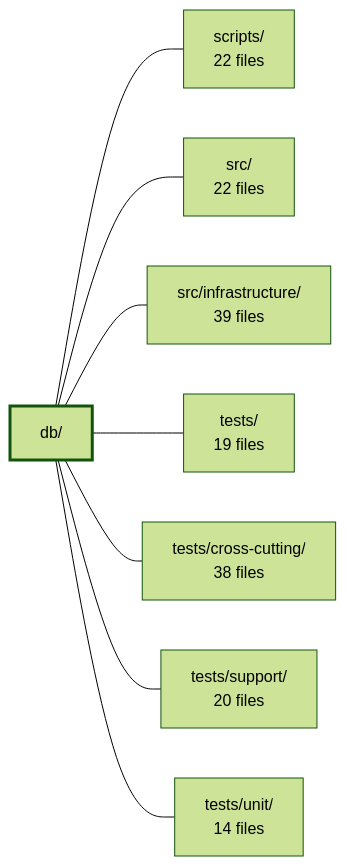
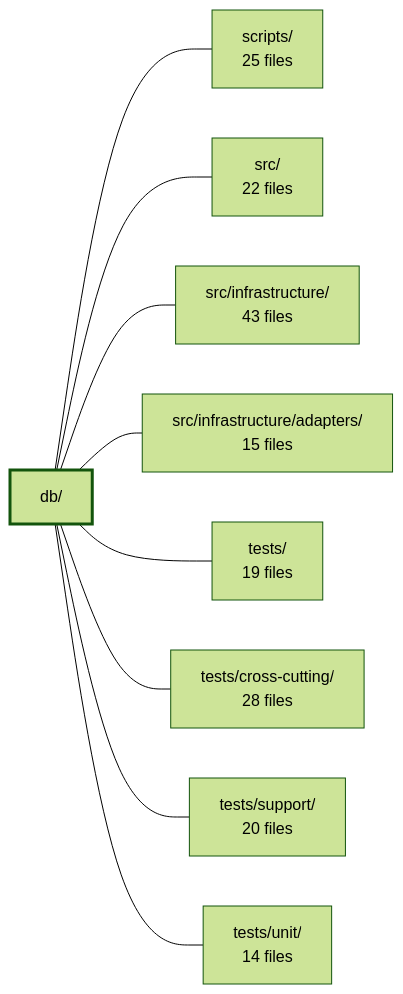
The diagram in .2repo/modules/boilerplate-node-backend_db.md (Guebbit/boilerplate-node-backend), drawn with Mermaid (forest theme) before and after one commit. The commit also changed other lines of this file and 625 other files, not shown here.

````diff
--- a/.2repo/modules/boilerplate-node-backend_db.md
+++ b/.2repo/modules/boilerplate-node-backend_db.md
@@ -42,19 +37,21 @@
 ```mermaid
 flowchart LR
     m_db["db/"]
-    m_scripts["scripts/<br/>22 files"]
+    m_scripts["scripts/<br/>25 files"]
     m_src["src/<br/>22 files"]
-    m_src_infrastructure["src/infrastructure/<br/>39 files"]
+    m_src_infrastructure["src/infrastructure/<br/>43 files"]
+    m_src_infrastructure_adapters["src/infrastructure/adapters/<br/>15 files"]
     m_tests["tests/<br/>19 files"]
-    m_tests_cross_cutting["tests/cross-cutting/<br/>38 files"]
+    m_tests_cross_cutting["tests/cross-cutting/<br/>28 files"]
     m_tests_support["tests/support/<br/>20 files"]
     m_tests_unit["tests/unit/<br/>14 files"]
     m_db --- m_scripts
     m_db --- m_src
     m_db --- m_src_infrastructure
+    m_db --- m_src_infrastructure_adapters
     m_db --- m_tests
     m_db --- m_tests_cross_cutting
     m_db --- m_tests_support
     m_db --- m_tests_unit
     style m_db stroke-width:3px
 ```
````
